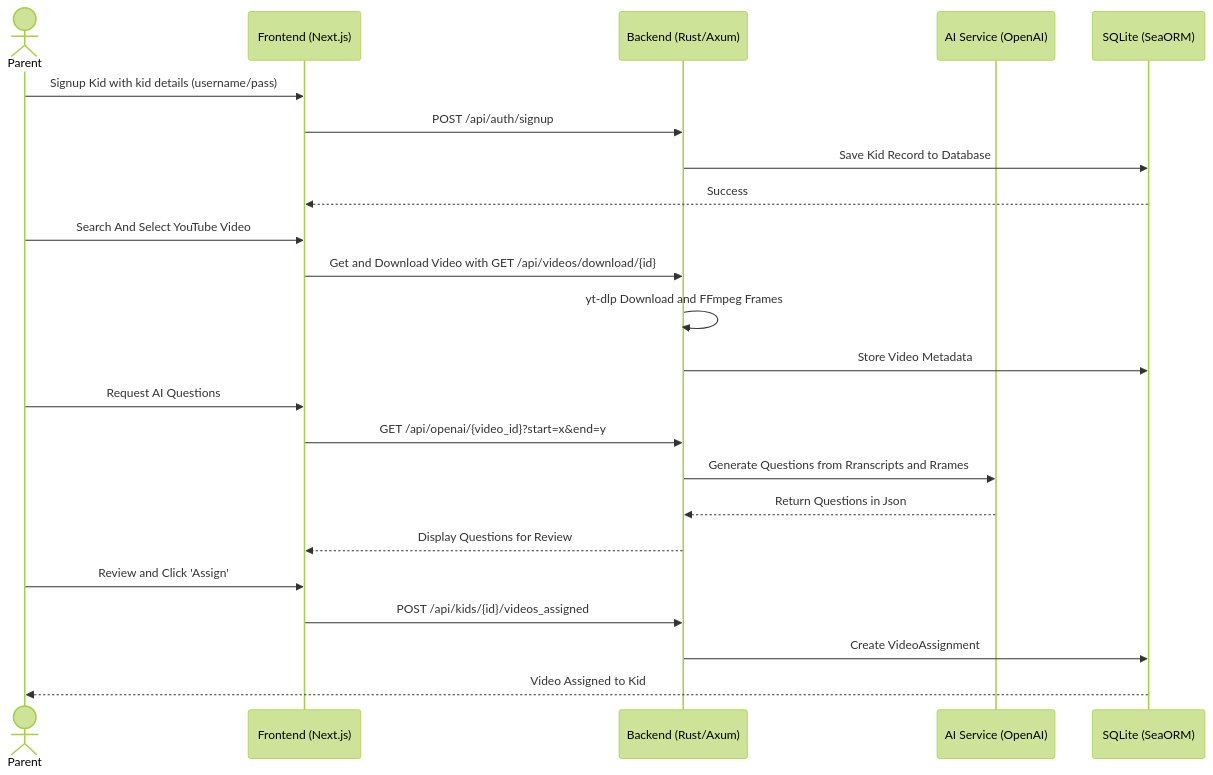
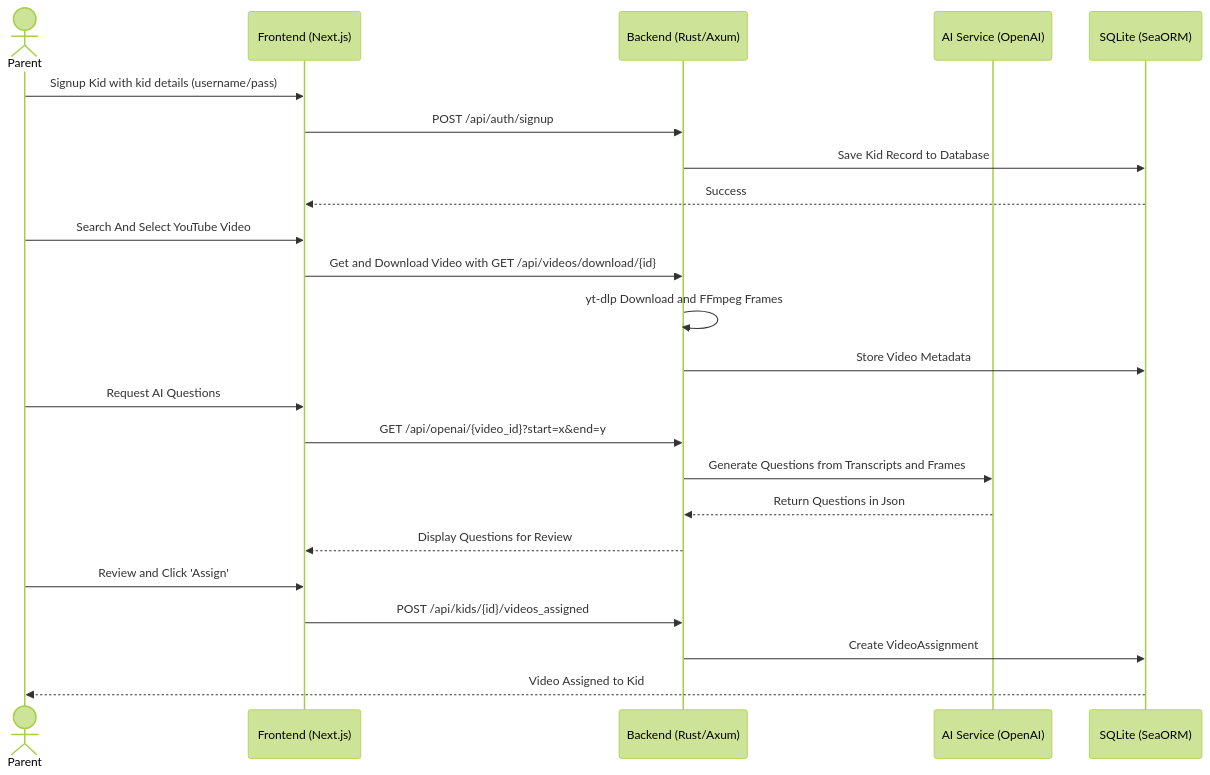
The first of 5 diagrams in documentation/docs/system-architecture/sequence-diagrams.md (Capstone-Projects-2026-spring/piggyback-learning-2), drawn with Mermaid (forest theme) before and after one commit.

Commit message:
Fix typo in sequence diagram

````diff
--- a/documentation/docs/system-architecture/sequence-diagrams.md
+++ b/documentation/docs/system-architecture/sequence-diagrams.md
@@ -9,29 +9,29 @@
 ```mermaid
 sequenceDiagram
     actor Parent
     participant WebApp as Frontend (Next.js)
     participant API as Backend (Rust/Axum)
     participant AI as AI Service (OpenAI)
     participant DB as SQLite (SeaORM)
     
     Parent->>WebApp: Signup Kid with kid details (username/pass)
     WebApp->>API:  POST /api/auth/signup
     API->>DB: Save Kid Record to Database
     DB-->>WebApp: Success
 
     Parent->>WebApp: Search And Select YouTube Video
     WebApp->>API: Get and Download Video with GET /api/videos/download/{id}
     API->>API: yt-dlp Download and FFmpeg Frames
     API->>DB: Store Video Metadata
     
     Parent->>WebApp: Request AI Questions
     WebApp->>API: GET /api/openai/{video_id}?start=x&end=y
-    API->>AI: Generate Questions from Rranscripts and Rrames
+    API->>AI: Generate Questions from Transcripts and Frames
     AI-->>API: Return Questions in Json
     API-->>WebApp: Display Questions for Review
 
     Parent->>WebApp: Review and Click 'Assign'
     WebApp->>API: POST /api/kids/{id}/videos_assigned
     API->>DB: Create VideoAssignment
     DB-->>Parent: Video Assigned to Kid
 ```
````
